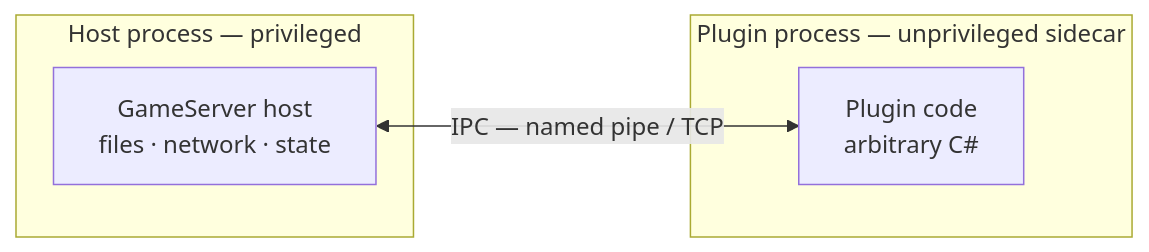
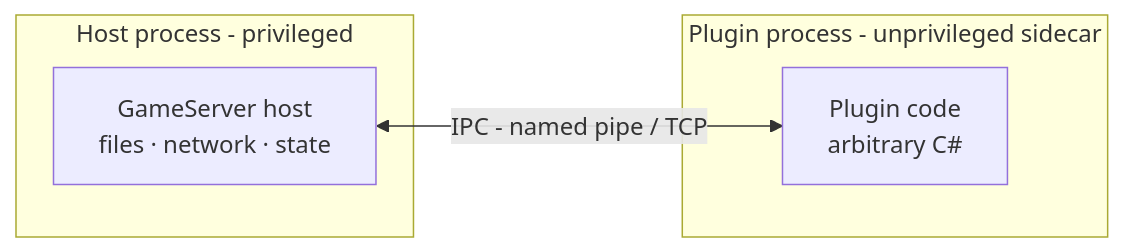
The first of 4 diagrams in docs-site/src/content/docs/why-dotboxd.md (JKamsker/DotBoxD), drawn with Mermaid before and after one commit. The commit also changed other lines of this file and 89 other files, not shown here.

````diff
--- a/docs-site/src/content/docs/why-dotboxd.md
+++ b/docs-site/src/content/docs/why-dotboxd.md
@@ -19,10 +19,10 @@
 ```mermaid
 flowchart LR
-    subgraph hostproc ["Host process — privileged"]
+    subgraph hostproc ["Host process - privileged"]
         Host["GameServer host<br/>files · network · state"]
     end
-    subgraph pluginproc ["Plugin process — unprivileged sidecar"]
+    subgraph pluginproc ["Plugin process - unprivileged sidecar"]
         Plugin["Plugin code<br/>arbitrary C#"]
     end
-    Host <-- "IPC — named pipe / TCP" --> Plugin
+    Host <-- "IPC - named pipe / TCP" --> Plugin
 ```
````
